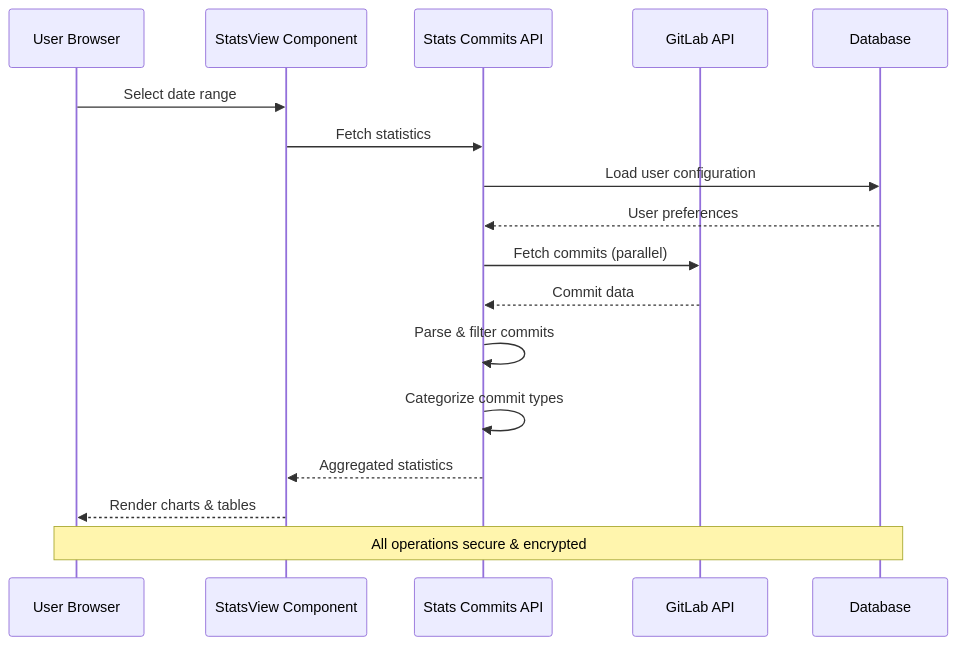
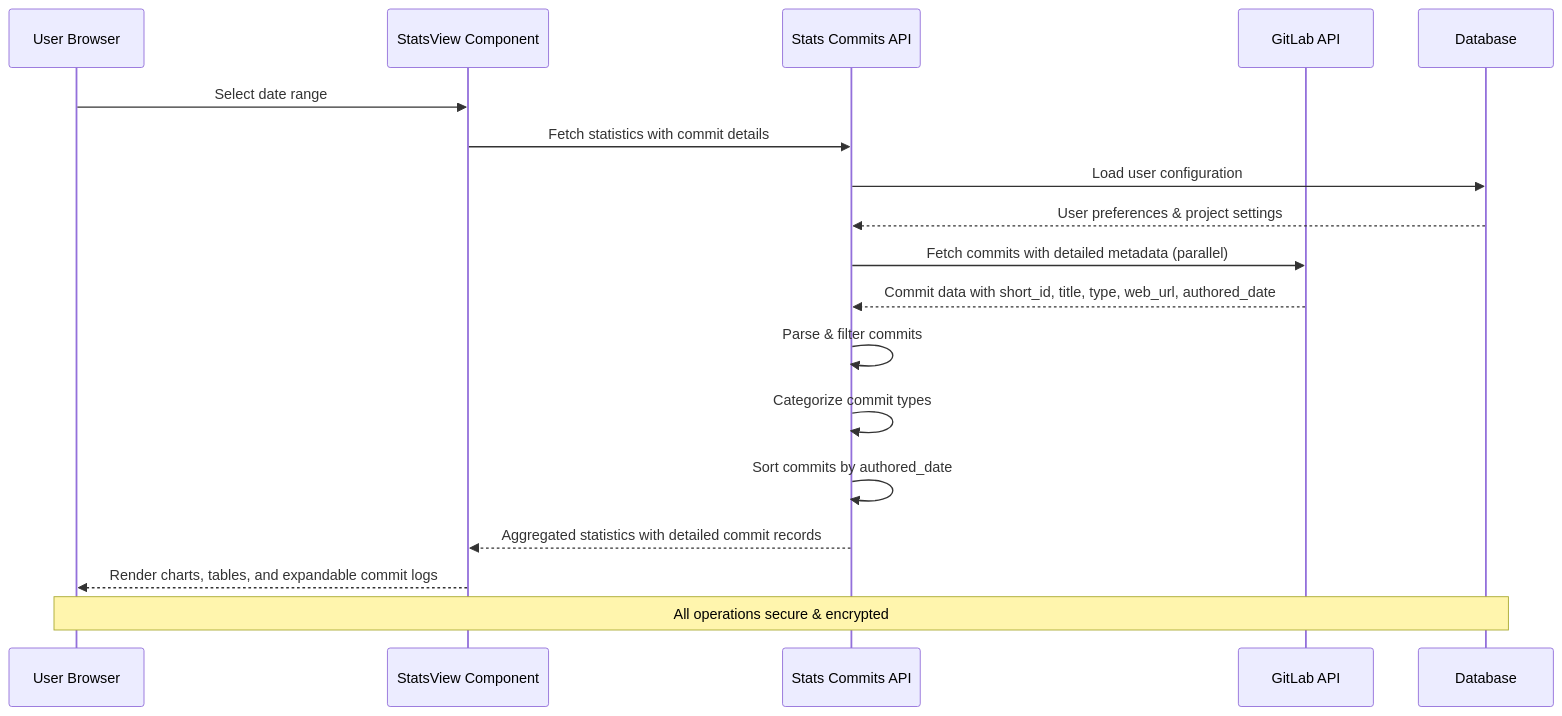
Before and after one commit to jrj444/git-daily: the second of 6 diagrams in .qoder/repowiki/en/content/Frontend Components/Commit Statistics Dashboard.md, drawn with Mermaid. The commit also changed other lines of this file and 14 other files, not shown here.

````diff
--- a/.qoder/repowiki/en/content/Frontend Components/Commit Statistics Dashboard.md
+++ b/.qoder/repowiki/en/content/Frontend Components/Commit Statistics Dashboard.md
@@ -109,19 +124,20 @@
 ```mermaid
 sequenceDiagram
 participant User as User Browser
 participant StatsView as StatsView Component
 participant API as Stats Commits API
 participant GitLab as GitLab API
 participant DB as Database
 User->>StatsView : Select date range
-StatsView->>API : Fetch statistics
+StatsView->>API : Fetch statistics with commit details
 API->>DB : Load user configuration
-DB-->>API : User preferences
-API->>GitLab : Fetch commits (parallel)
-GitLab-->>API : Commit data
+DB-->>API : User preferences & project settings
+API->>GitLab : Fetch commits with detailed metadata (parallel)
+GitLab-->>API : Commit data with short_id, title, type, web_url, authored_date
 API->>API : Parse & filter commits
 API->>API : Categorize commit types
-API-->>StatsView : Aggregated statistics
-StatsView-->>User : Render charts & tables
+API->>API : Sort commits by authored_date
+API-->>StatsView : Aggregated statistics with detailed commit records
+StatsView-->>User : Render charts, tables, and expandable commit logs
 Note over User,DB : All operations secure & encrypted
 ```
````
